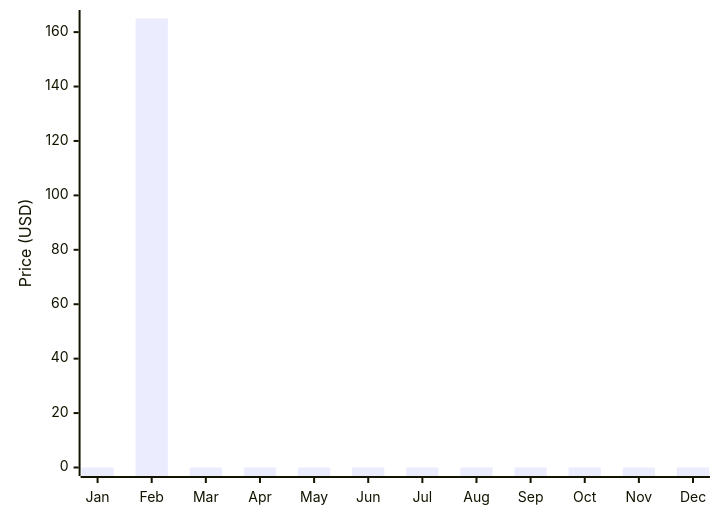
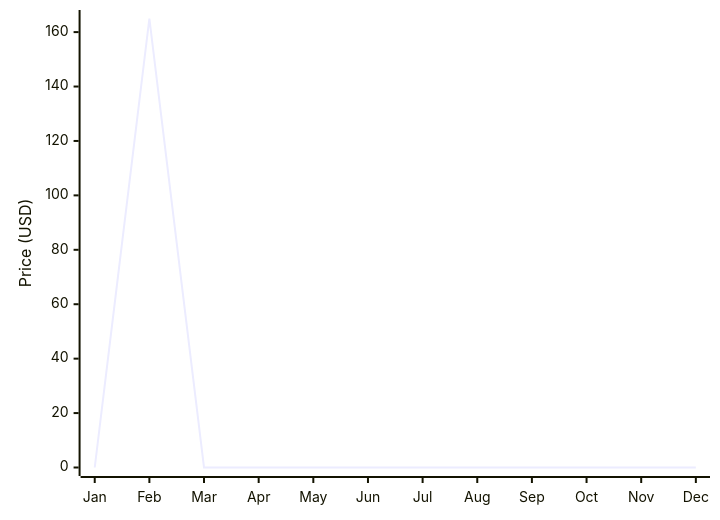
Before and after one commit to up-n-atom/8311: the second of 6 diagrams in docs/discord/group-buys.md, drawn with Mermaid.

Commit message:
discord: price should be a line not bar chart

````diff
--- a/docs/discord/group-buys.md
+++ b/docs/discord/group-buys.md
@@ -32,6 +32,6 @@
 ``` mermaid
 xychart-beta
     x-axis [Jan, Feb, Mar, Apr, May, Jun, Jul, Aug, Sep, Oct, Nov, Dec]
     y-axis "Price (USD)" 0 --> 165
-    bar [0, 165, 0, 0, 0, 0, 0, 0, 0, 0, 0, 0]
+    line [0, 165, 0, 0, 0, 0, 0, 0, 0, 0, 0, 0]
 ```
````
